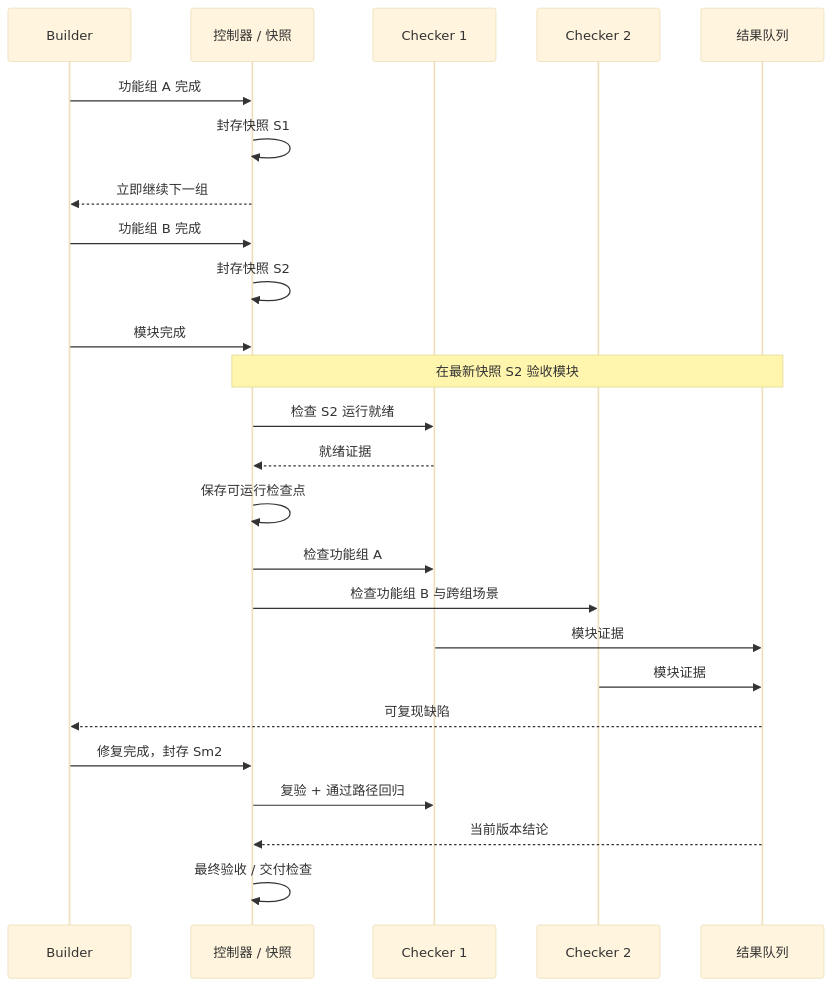
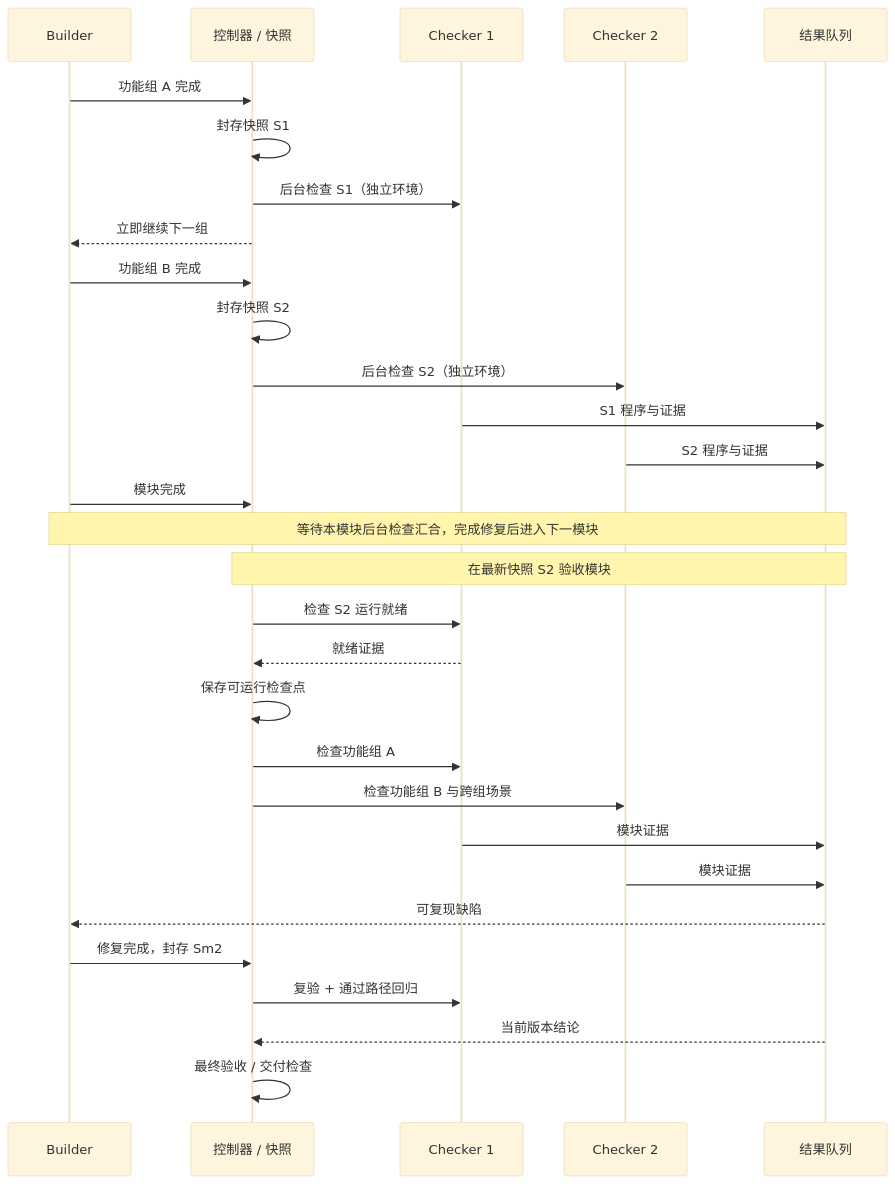
Before and after one commit to TheaDust/shallow-code: the diagram in README.md, drawn with Mermaid (base theme). The commit also changed other lines of this file and 31 other files, not shown here.

````diff
--- a/README.md
+++ b/README.md
@@ -16,28 +16,33 @@
 ```mermaid
 sequenceDiagram
     participant B as Builder
     participant C as 控制器 / 快照
     participant K1 as Checker 1
     participant K2 as Checker 2
     participant Q as 结果队列
 
     B->>C: 功能组 A 完成
     C->>C: 封存快照 S1
+    C->>K1: 后台检查 S1（独立环境）
     C-->>B: 立即继续下一组
     B->>C: 功能组 B 完成
     C->>C: 封存快照 S2
+    C->>K2: 后台检查 S2（独立环境）
+    K1->>Q: S1 程序与证据
+    K2->>Q: S2 程序与证据
     B->>C: 模块完成
+    Note over B,Q: 等待本模块后台检查汇合，完成修复后进入下一模块
     Note over C,Q: 在最新快照 S2 验收模块
     C->>K1: 检查 S2 运行就绪
     K1-->>C: 就绪证据
     C->>C: 保存可运行检查点
     C->>K1: 检查功能组 A
     C->>K2: 检查功能组 B 与跨组场景
     K1->>Q: 模块证据
     K2->>Q: 模块证据
     Q-->>B: 可复现缺陷
     B->>C: 修复完成，封存 Sm2
     C->>K1: 复验 + 通过路径回归
     Q-->>C: 当前版本结论
     C->>C: 最终验收 / 交付检查
 ```
````
